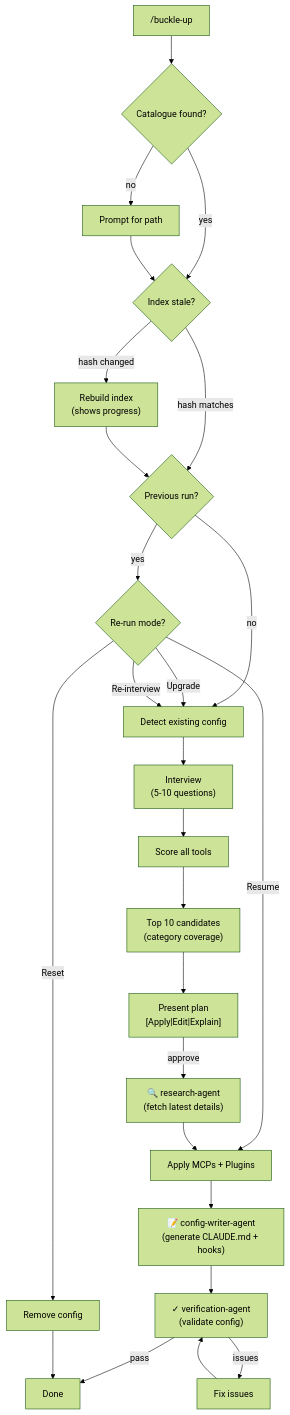
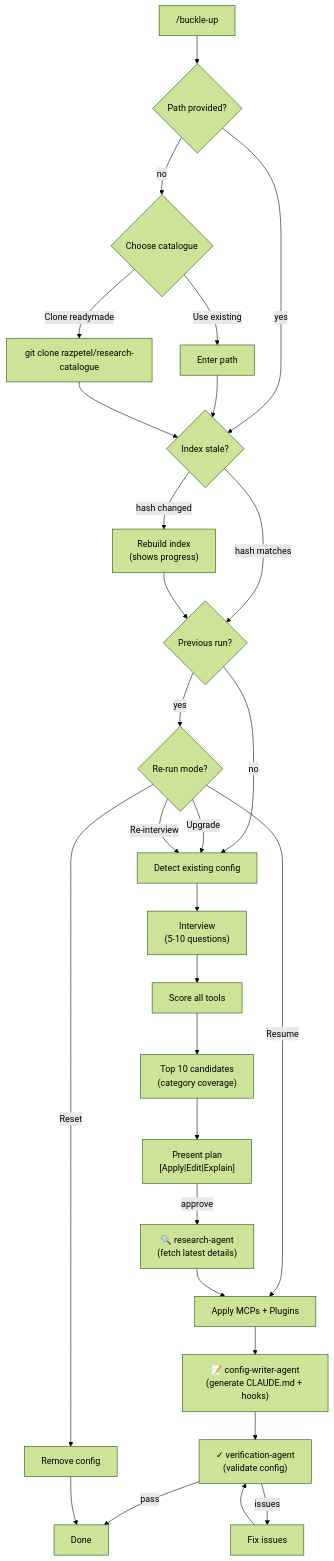
One commit to razpetel/buckle-up changed the diagram in README.md. Above: the diagram before and after it, drawn with Mermaid (forest theme). The commit also changed other lines of this file and 2 other files, not shown here.

Commit message:
feat: improve catalogue discovery flow and add ASCII banner
- Skip auto-discovery, prompt user directly for catalogue path
- Add option to clone readymade catalogue from GitHub
- Update README flow diagram and prerequisites section
- Add Golden Axe dwarf ASCII art banner displayed on skill invocation

````diff
--- a/README.md
+++ b/README.md
@@ -17,28 +17,31 @@
 ```mermaid
 flowchart TD
-    A["/buckle-up"] --> B{Catalogue found?}
+    A["/buckle-up"] --> B{Path provided?}
     B -->|yes| C{Index stale?}
-    B -->|no| B1[Prompt for path]
-    B1 --> C
+    B -->|no| B1{Choose catalogue}
+    B1 -->|"Use existing"| B2[Enter path]
+    B1 -->|"Clone readymade"| B3["git clone razpetel/research-catalogue"]
+    B2 --> C
+    B3 --> C
     C -->|"hash changed"| D["Rebuild index<br/>(shows progress)"]
     C -->|"hash matches"| E{Previous run?}
     D --> E
     E -->|yes| F{Re-run mode?}
     E -->|no| G[Detect existing config]
     F -->|Resume| L1
     F -->|Upgrade| G
     F -->|Re-interview| G
     F -->|Reset| Z[Remove config]
     G --> H["Interview<br/>(5-10 questions)"]
     H --> I[Score all tools]
     I --> J["Top 10 candidates<br/>(category coverage)"]
     J --> K["Present plan<br/>[Apply|Edit|Explain]"]
     K -->|approve| R["🔍 research-agent<br/>(fetch latest details)"]
     R --> L1["Apply MCPs + Plugins"]
     L1 --> L2["📝 config-writer-agent<br/>(generate CLAUDE.md + hooks)"]
     L2 --> V["✓ verification-agent<br/>(validate config)"]
     V -->|pass| M[Done]
     V -->|issues| FIX[Fix issues]
     FIX --> V
     Z --> M
 ```
````
